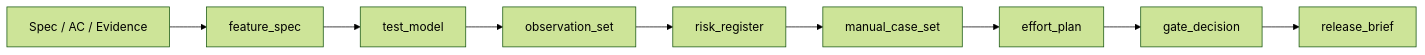
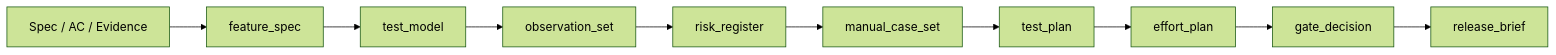
One commit to RNA4219/manual-bb-test-harness changed the diagram in BLUEPRINT.md. Above: the diagram before and after it, drawn with Mermaid (forest theme). The commit also changed other lines of this file and 169 other files, not shown here.

````diff
--- a/BLUEPRINT.md
+++ b/BLUEPRINT.md
@@ -62,11 +65,12 @@
 ```mermaid
 flowchart LR
   A["Spec / AC / Evidence"] --> B["feature_spec"]
   B --> C["test_model"]
   C --> D["observation_set"]
   D --> E["risk_register"]
   E --> F["manual_case_set"]
-  F --> G["effort_plan"]
-  G --> H["gate_decision"]
-  H --> I["release_brief"]
+  F --> G["test_plan"]
+  G --> H["effort_plan"]
+  H --> I["gate_decision"]
+  I --> J["release_brief"]
 ```
````
